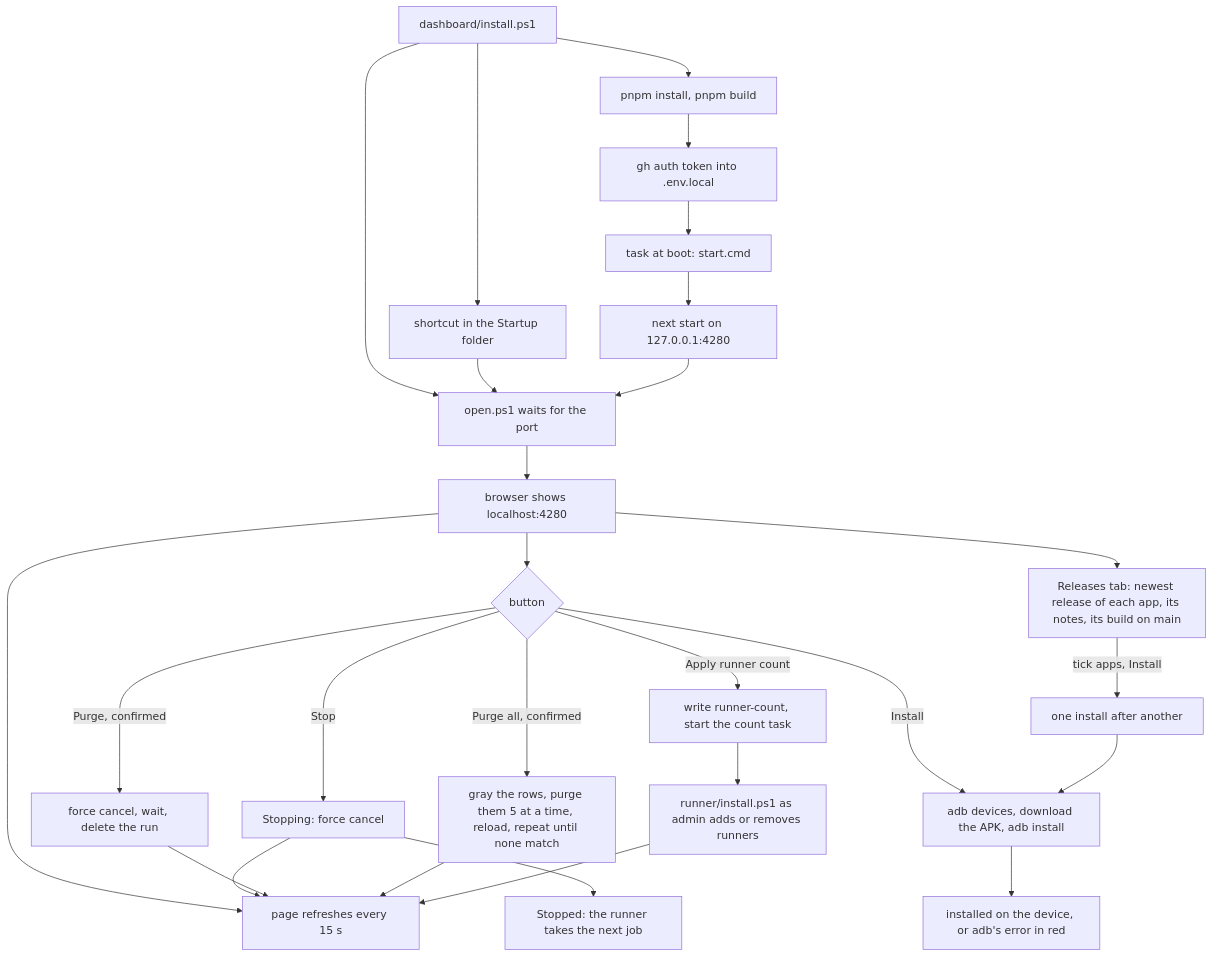
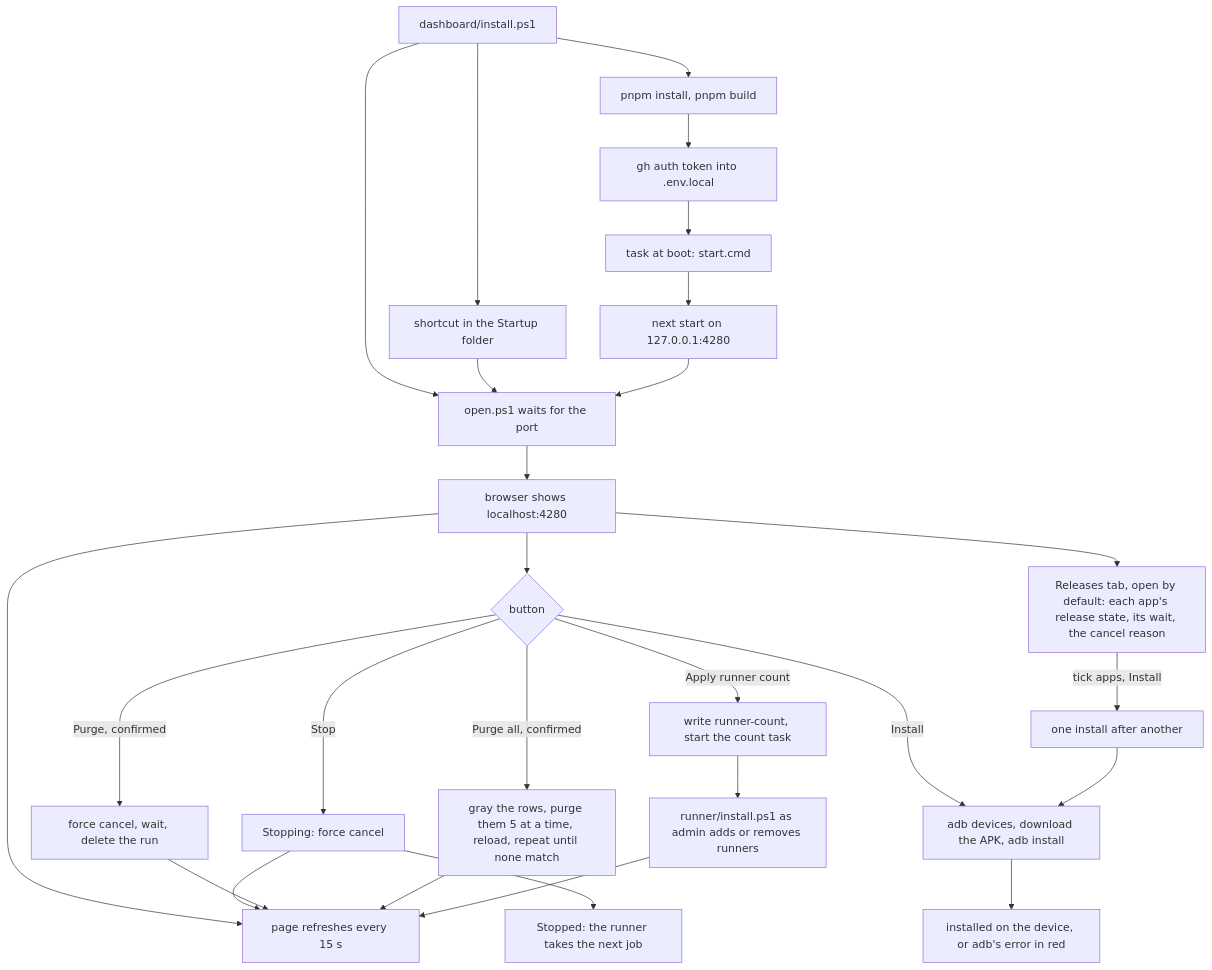
Before and after one commit to workbench-soft/local-ci: the sixth of 6 diagrams in docs/user-flows.md, drawn with Mermaid. The commit also changed other lines of this file and 21 other files, not shown here.

First line of the commit message:
Releases tab first: each app's release state, wait and cancel reason (#108)

````diff
--- a/docs/user-flows.md
+++ b/docs/user-flows.md
@@ -141,23 +143,23 @@
 ```mermaid
 flowchart TD
   A[dashboard/install.ps1] --> B[pnpm install, pnpm build]
   B --> C[gh auth token into .env.local]
   C --> D[task at boot: start.cmd]
   D --> E[next start on 127.0.0.1:4280]
   A --> S[shortcut in the Startup folder]
   A & S --> O[open.ps1 waits for the port]
   E --> O
   O --> F[browser shows localhost:4280]
   F --> G[page refreshes every 15 s]
   F --> H{button}
   H -- Stop --> I[Stopping: force cancel] --> I2[Stopped: the runner takes the next job]
   H -- Purge, confirmed --> J[force cancel, wait, delete the run]
   H -- Purge all, confirmed --> P[gray the rows, purge them 5 at a time, reload, repeat until none match]
   H -- Install --> K[adb devices, download the APK, adb install]
   K --> L[installed on the device, or adb's error in red]
-  F --> RT[Releases tab: newest release of each app, its notes, its build on main]
+  F --> RT[Releases tab, open by default: each app's release state, its wait, the cancel reason]
   RT -- tick apps, Install --> K2[one install after another] --> K
   H -- Apply runner count --> R[write runner-count, start the count task]
   R --> T[runner/install.ps1 as admin adds or removes runners]
   I & J & P & T --> G
 ```
````
